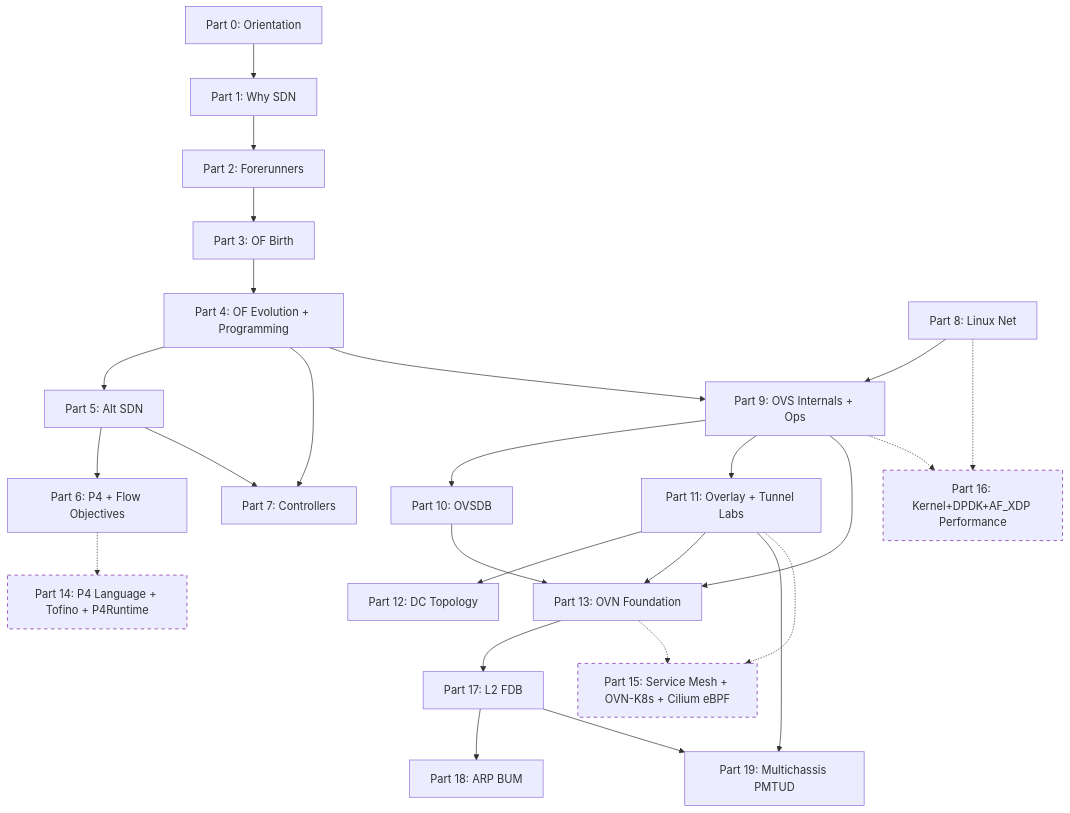
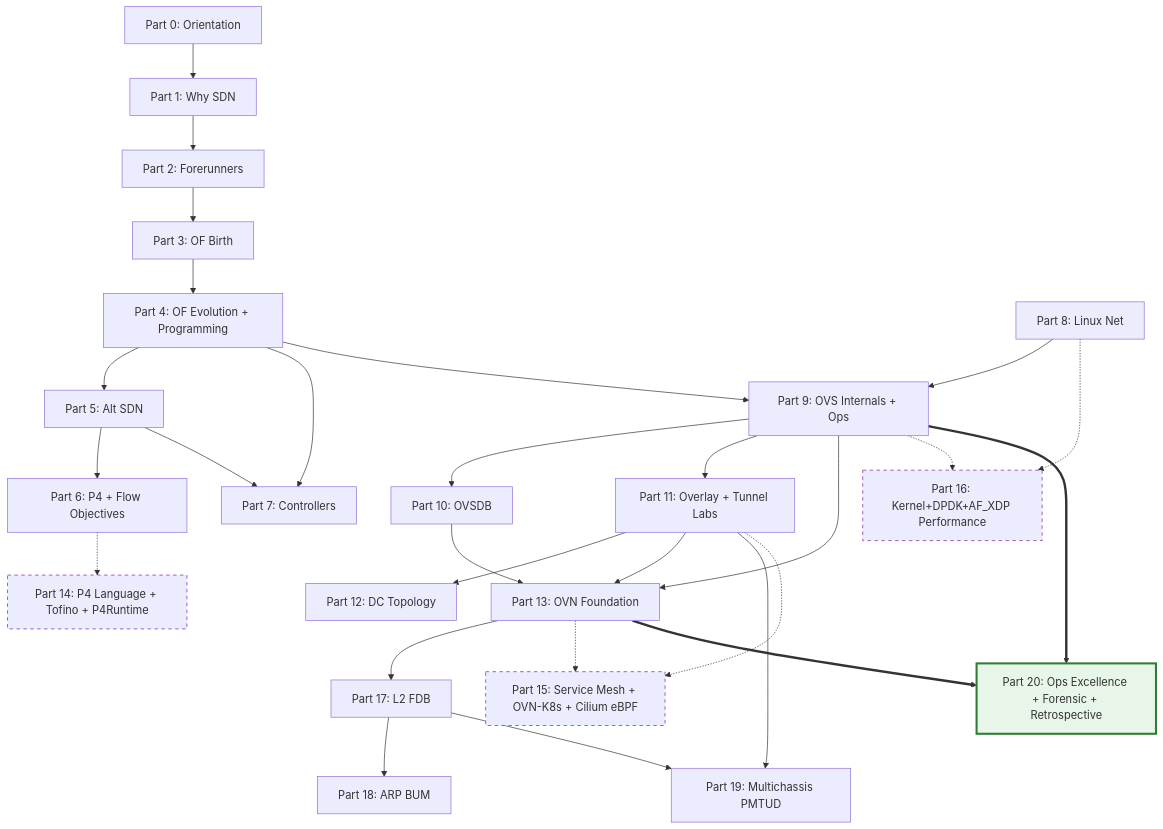
The diagram in sdn-onboard/README.md (volehuy1998/network-onboard), drawn with Mermaid before and after one commit. The commit also changed other lines of this file and 3 other files, not shown here.

````diff
--- a/sdn-onboard/README.md
+++ b/sdn-onboard/README.md
@@ -25,53 +25,59 @@
 ```mermaid
 graph TD
   P0[Part 0: Orientation]
   P1[Part 1: Why SDN]
   P2[Part 2: Forerunners]
   P3[Part 3: OF Birth]
   P4[Part 4: OF Evolution + Programming]
   P5[Part 5: Alt SDN]
   P6[Part 6: P4 + Flow Objectives]
   P7[Part 7: Controllers]
   P8[Part 8: Linux Net]
   P9[Part 9: OVS Internals + Ops]
   P10[Part 10: OVSDB]
   P11[Part 11: Overlay + Tunnel Labs]
   P12[Part 12: DC Topology]
   P13[Part 13: OVN Foundation]
   P14[Part 14: P4 Language + Tofino + P4Runtime]:::expert
   P15[Part 15: Service Mesh + OVN-K8s + Cilium eBPF]:::expert
   P16[Part 16: Kernel+DPDK+AF_XDP Performance]:::expert
   P17[Part 17: L2 FDB]
   P18[Part 18: ARP BUM]
   P19[Part 19: Multichassis PMTUD]
+  P20[Part 20: Ops Excellence + Forensic + Retrospective]:::ops
 
   P0 --> P1
   P1 --> P2
   P2 --> P3
   P3 --> P4
   P4 --> P5
   P4 --> P7
   P5 --> P6
   P5 --> P7
   P8 --> P9
   P9 --> P10
   P9 --> P11
   P4 --> P9
   P11 --> P12
   P9 --> P13
   P10 --> P13
   P11 --> P13
   P13 --> P17
   P17 --> P18
   P17 --> P19
   P11 --> P19
 
   %% Expert Extension (optional track, rev 4)
   P6 -.-> P14
   P13 -.-> P15
   P11 -.-> P15
   P9 -.-> P16
   P8 -.-> P16
 
+  %% Operations layer (Block XX, Phase G 2026-04): build on OVS foundation + OVN foundation
+  P9 ==> P20
+  P13 ==> P20
+
   classDef expert stroke-dasharray: 5 5,stroke:#7b1fa2
+  classDef ops stroke-width:3px,stroke:#2e7d32,fill:#e8f5e9
 ```
````
